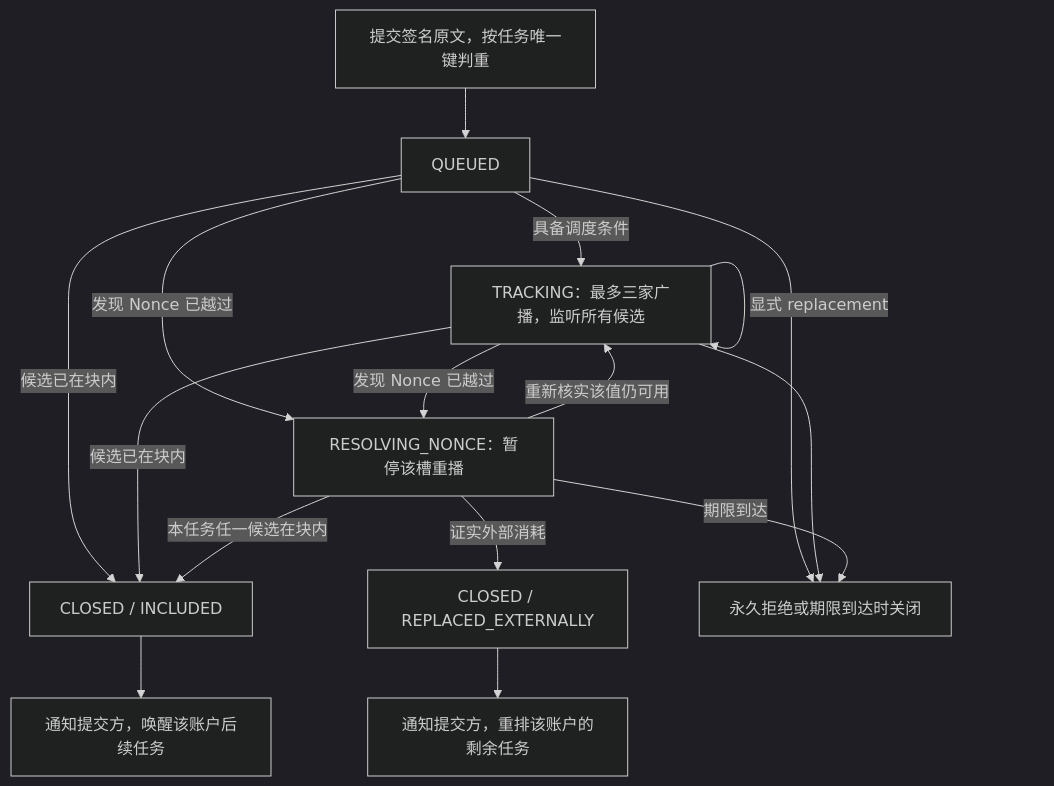
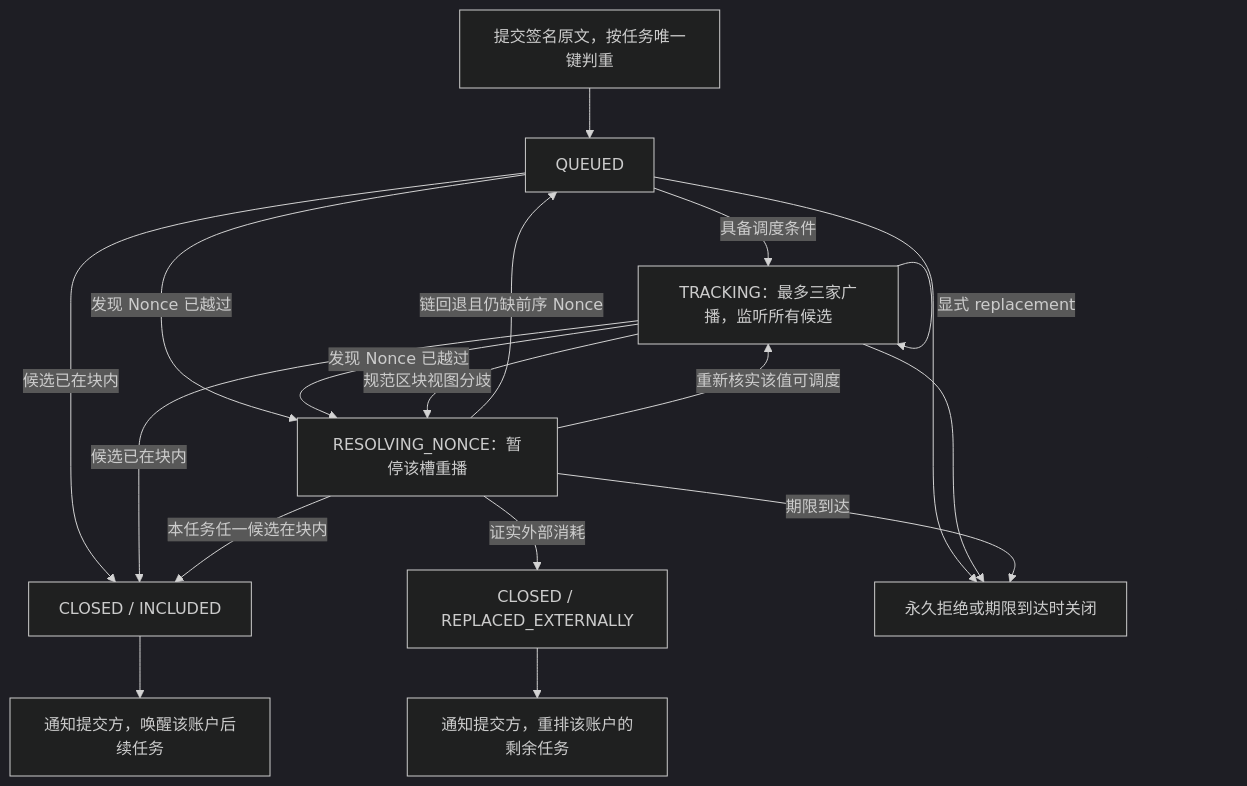
One commit to GMWalletApp/Broadcaster changed the second of 2 diagrams in README.md. Above: the diagram before and after it, drawn with Mermaid (dark theme). The commit also changed other lines of this file and 12 other files, not shown here.

```diff
--- a/README.md
+++ b/README.md
@@ -113,18 +113,20 @@
 ~~~mermaid
 flowchart TD
     Submit["提交签名原文，按任务唯一键判重"] --> Q["QUEUED"]
     Q -->|具备调度条件| T["TRACKING：最多三家广播，监听所有候选"]
     T -->|显式 replacement| T
     Q -->|发现 Nonce 已越过| R["RESOLVING_NONCE：暂停该槽重播"]
     T -->|发现 Nonce 已越过| R
-    R -->|重新核实该值仍可用| T
+    T -->|规范区块视图分歧| R
+    R -->|链回退且仍缺前序 Nonce| Q
+    R -->|重新核实该值可调度| T
     Q -->|候选已在块内| I["CLOSED / INCLUDED"]
     T -->|候选已在块内| I
     R -->|本任务任一候选在块内| I
     R -->|证实外部消耗| X["CLOSED / REPLACED_EXTERNALLY"]
     X --> N["通知提交方，重排该账户的剩余任务"]
     I --> A["通知提交方，唤醒该账户后续任务"]
     Q --> E["永久拒绝或期限到达时关闭"]
     T --> E
     R -->|期限到达| E
 ~~~
```
